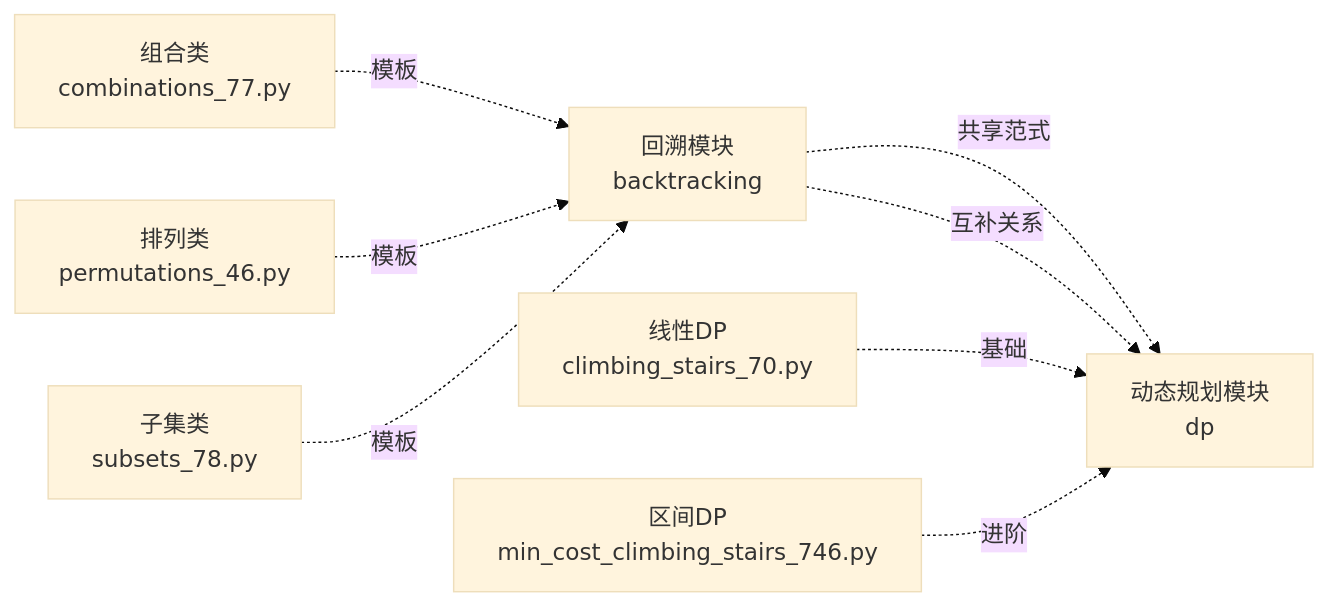
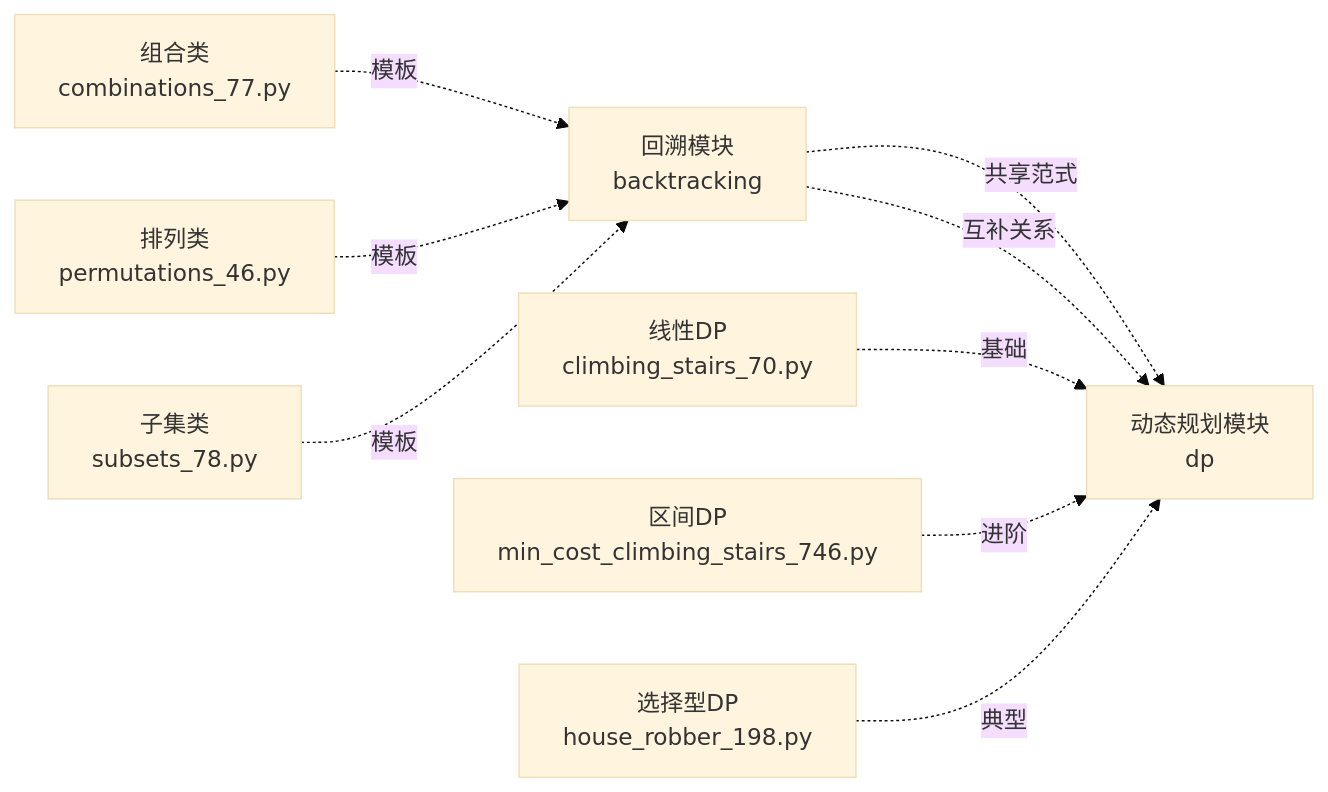
Diagram 11 of 11 in .qoder/repowiki/zh/content/学习路径指南/第三阶段：高级算法学习指南/第三阶段：高级算法学习指南.md (jameingh/x-leetcode), drawn with Mermaid (base theme) before and after one commit. The commit also changed other lines of this file and 33 other files, not shown here.

````diff
--- a/.qoder/repowiki/zh/content/学习路径指南/第三阶段：高级算法学习指南/第三阶段：高级算法学习指南.md
+++ b/.qoder/repowiki/zh/content/学习路径指南/第三阶段：高级算法学习指南/第三阶段：高级算法学习指南.md
@@ -379,10 +418,11 @@
 ```mermaid
 graph LR
 A["回溯模块<br/>backtracking"] -.共享范式.-> B["动态规划模块<br/>dp"]
 A -.互补关系.-> B
 C["组合类<br/>combinations_77.py"] -.模板.-> A
 D["排列类<br/>permutations_46.py"] -.模板.-> A
 E["子集类<br/>subsets_78.py"] -.模板.-> A
 F["线性DP<br/>climbing_stairs_70.py"] -.基础.-> B
 G["区间DP<br/>min_cost_climbing_stairs_746.py"] -.进阶.-> B
+H["选择型DP<br/>house_robber_198.py"] -.典型.-> B
 ```
````
